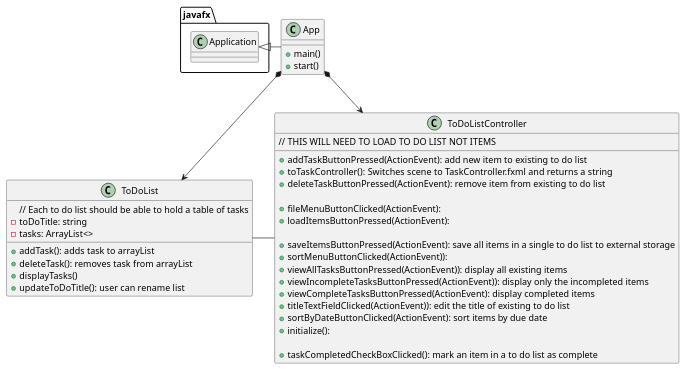
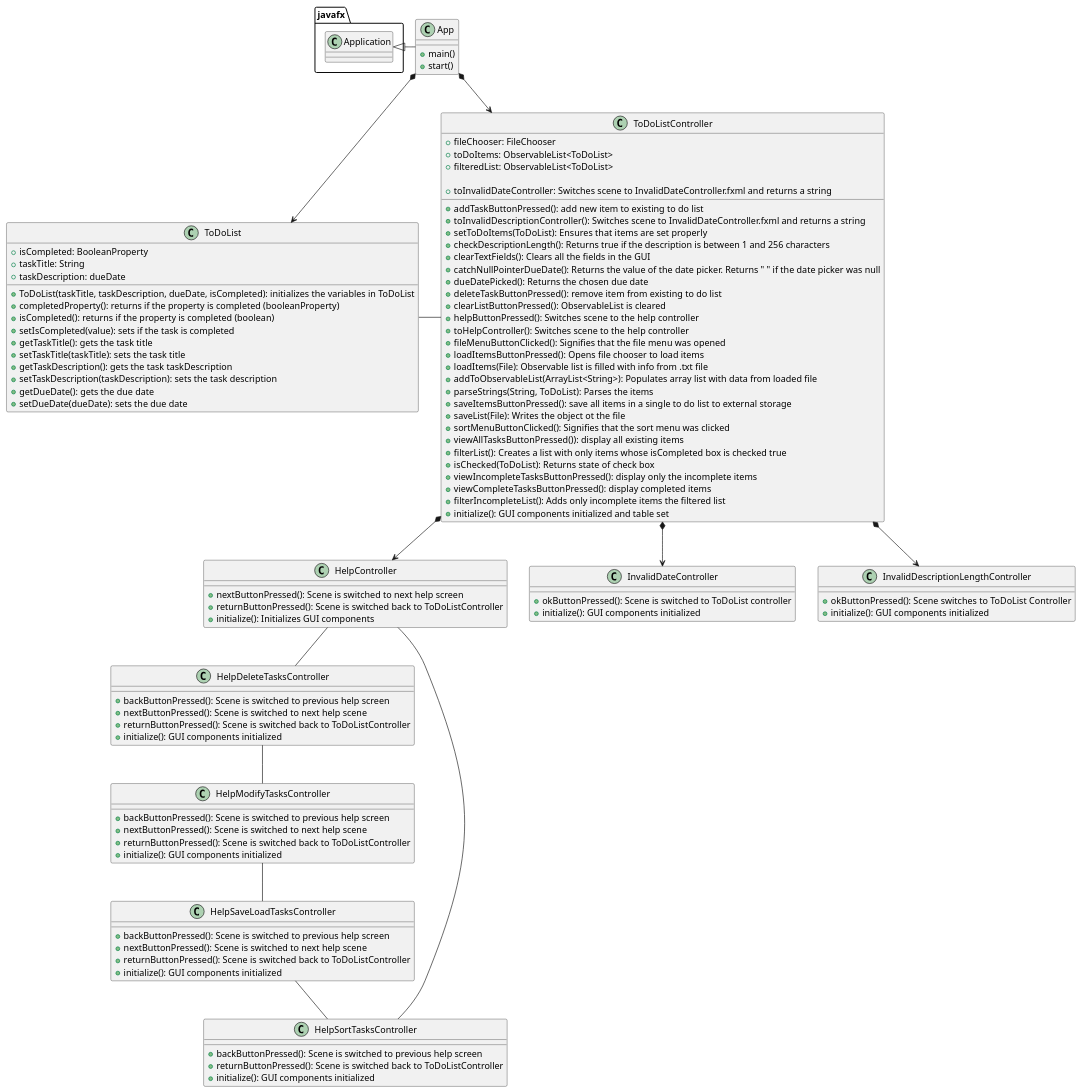
One commit to savosburn/To-Do-List-with-GUI changed the diagram in uml/ToDoList.puml. Above: the diagram before and after it, drawn with PlantUML. The commit also changed 13 other files, not shown here.

```diff
--- a/uml/ToDoList.puml
+++ b/uml/ToDoList.puml
@@ -1,56 +1,120 @@
 @startuml
 'https://plantuml.com/sequence-diagram
 
 class App {
     + main()
     + start()
 }
 
 class ToDoList {
-    // Each to do list should be able to hold a table of tasks
-    - toDoTitle: string
-    - tasks: ArrayList<>
+    + isCompleted: BooleanProperty
+    + taskTitle: String
+    + taskDescription: dueDate
 
-    + addTask(): adds task to arrayList
-    + deleteTask(): removes task from arrayList
-    + displayTasks()
-    + updateToDoTitle(): user can rename list
-
+    + ToDoList(taskTitle, taskDescription, dueDate, isCompleted): initializes the variables in ToDoList
+    + completedProperty(): returns if the property is completed (booleanProperty)
+    + isCompleted(): returns if the property is completed (boolean)
+    + setIsCompleted(value): sets if the task is completed
+    + getTaskTitle(): gets the task title
+    + setTaskTitle(taskTitle): sets the task title
+    + getTaskDescription(): gets the task taskDescription
+    + setTaskDescription(taskDescription): sets the task description
+    + getDueDate(): gets the due date
+    + setDueDate(dueDate): sets the due date
 }
 
 class ToDoListController {
-    + addTaskButtonPressed(ActionEvent): add new item to existing to do list
-    + toTaskController(): Switches scene to TaskController.fxml and returns a string
-    + deleteTaskButtonPressed(ActionEvent): remove item from existing to do list
+    + fileChooser: FileChooser
+    + toDoItems: ObservableList<ToDoList>
+    + filteredList: ObservableList<ToDoList>
 
-    + fileMenuButtonClicked(ActionEvent):
-
-    // THIS WILL NEED TO LOAD TO DO LIST NOT ITEMS
-    + loadItemsButtonPressed(ActionEvent):
-
-    + saveItemsButtonPressed(ActionEvent): save all items in a single to do list to external storage
-    + sortMenuButtonClicked(ActionEvent)):
-           + viewAllTasksButtonPressed(ActionEvent)): display all existing items
-           + viewIncompleteTasksButtonPressed(ActionEvent)): display only the incompleted items
-           + viewCompleteTasksButtonPressed(ActionEvent): display completed items
-    + titleTextFieldClicked(ActionEvent)): edit the title of existing to do list
-    + sortByDateButtonClicked(ActionEvent): sort items by due date
-    + initialize():
-
-    + taskCompletedCheckBoxClicked(): mark an item in a to do list as complete
-
+    + addTaskButtonPressed(): add new item to existing to do list
+    + toInvalidDescriptionController(): Switches scene to InvalidDateController.fxml and returns a string
+    + setToDoItems(ToDoList): Ensures that items are set properly
+    + checkDescriptionLength(): Returns true if the description is between 1 and 256 characters
+    + clearTextFields(): Clears all the fields in the GUI
+    + catchNullPointerDueDate(): Returns the value of the date picker. Returns " " if the date picker was null
+    + dueDatePicked(): Returns the chosen due date
+    + toInvalidDateController: Switches scene to InvalidDateController.fxml and returns a string
+    + deleteTaskButtonPressed(): remove item from existing to do list
+    + clearListButtonPressed(): ObservableList is cleared
+    + helpButtonPressed(): Switches scene to the help controller
+    + toHelpController(): Switches scene to the help controller
+    + fileMenuButtonClicked(): Signifies that the file menu was opened
+    + loadItemsButtonPressed(): Opens file chooser to load items
+    + loadItems(File): Observable list is filled with info from .txt file
+    + addToObservableList(ArrayList<String>): Populates array list with data from loaded file
+    + parseStrings(String, ToDoList): Parses the items
+    + saveItemsButtonPressed(): save all items in a single to do list to external storage
+    + saveList(File): Writes the object ot the file
+    + sortMenuButtonClicked(): Signifies that the sort menu was clicked
+    + viewAllTasksButtonPressed()): display all existing items
+    + filterList(): Creates a list with only items whose isCompleted box is checked true
+    + isChecked(ToDoList): Returns state of check box
+    + viewIncompleteTasksButtonPressed(): display only the incomplete items
+    + viewCompleteTasksButtonPressed(): display completed items
+    + filterIncompleteList(): Adds only incomplete items the filtered list
+    + initialize(): GUI components initialized and table set
 }
 
+class HelpController {
+    + nextButtonPressed(): Scene is switched to next help screen
+    + returnButtonPressed(): Scene is switched back to ToDoListController
+    + initialize(): Initializes GUI components
+}
 
+class HelpDeleteTasksController {
+    + backButtonPressed(): Scene is switched to previous help screen
+    + nextButtonPressed(): Scene is switched to next help scene
+    + returnButtonPressed(): Scene is switched back to ToDoListController
+    + initialize(): GUI components initialized
+}
 
+class HelpModifyTasksController {
+    + backButtonPressed(): Scene is switched to previous help screen
+    + nextButtonPressed(): Scene is switched to next help scene
+    + returnButtonPressed(): Scene is switched back to ToDoListController
+    + initialize(): GUI components initialized
+}
+
+class HelpSaveLoadTasksController {
+    + backButtonPressed(): Scene is switched to previous help screen
+    + nextButtonPressed(): Scene is switched to next help scene
+    + returnButtonPressed(): Scene is switched back to ToDoListController
+    + initialize(): GUI components initialized
+}
+
+class HelpSortTasksController {
+    + backButtonPressed(): Scene is switched to previous help screen
+    + returnButtonPressed(): Scene is switched back to ToDoListController
+    + initialize(): GUI components initialized
+}
+
+class InvalidDateController {
+    + okButtonPressed(): Scene is switched to ToDoList controller
+    + initialize(): GUI components initialized
+}
+
+class InvalidDescriptionLengthController {
+    + okButtonPressed(): Scene switches to ToDoList Controller
+    + initialize(): GUI components initialized
+}
 
 
 
 javafx.Application <|- App
 App *--> ToDoListController
+ToDoListController *--> HelpController
+ToDoListController *--> InvalidDateController
+ToDoListController *--> InvalidDescriptionLengthController
+HelpController -- HelpDeleteTasksController
+HelpDeleteTasksController -- HelpModifyTasksController
+HelpModifyTasksController -- HelpSaveLoadTasksController
+HelpSaveLoadTasksController -- HelpSortTasksController
+HelpSortTasksController -- HelpController
 App *--> ToDoList
 
 ToDoList - ToDoListController
 
 
 @enduml
```
